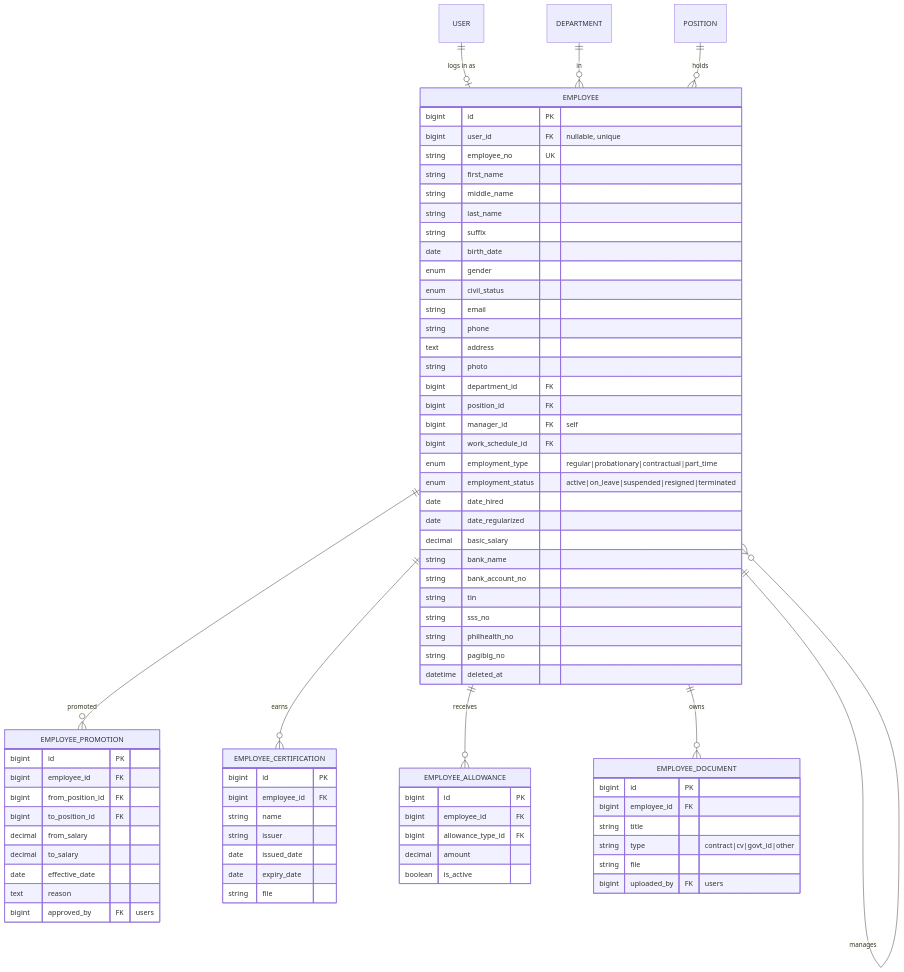
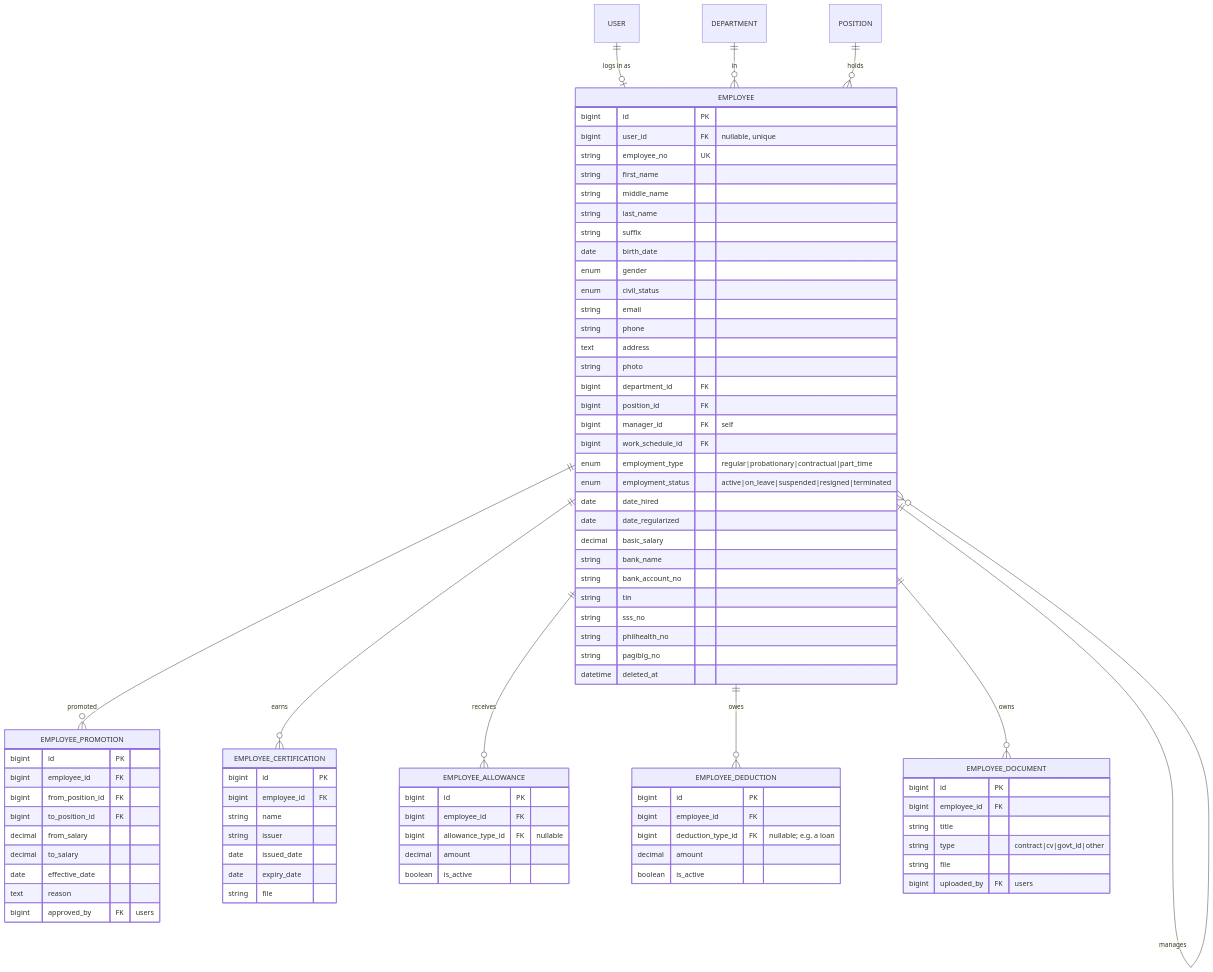
Before and after one commit to earlkian8/synapse: the third of 11 diagrams in docs/database/erd.md, drawn with Mermaid. The commit also changed other lines of this file and 39 other files, not shown here.

```diff
--- a/docs/database/erd.md
+++ b/docs/database/erd.md
@@ -259,6 +259,7 @@
     EMPLOYEE ||--o{ EMPLOYEE_PROMOTION : promoted
     EMPLOYEE ||--o{ EMPLOYEE_CERTIFICATION : earns
     EMPLOYEE ||--o{ EMPLOYEE_ALLOWANCE : receives
+    EMPLOYEE ||--o{ EMPLOYEE_DEDUCTION : owes
     EMPLOYEE ||--o{ EMPLOYEE_DOCUMENT : owns
 
     EMPLOYEE {
@@ -316,7 +317,14 @@
     EMPLOYEE_ALLOWANCE {
         bigint id PK
         bigint employee_id FK
-        bigint allowance_type_id FK
+        bigint allowance_type_id FK "nullable"
+        decimal amount
+        boolean is_active
+    }
+    EMPLOYEE_DEDUCTION {
+        bigint id PK
+        bigint employee_id FK
+        bigint deduction_type_id FK "nullable; e.g. a loan"
         decimal amount
         boolean is_active
     }
```
